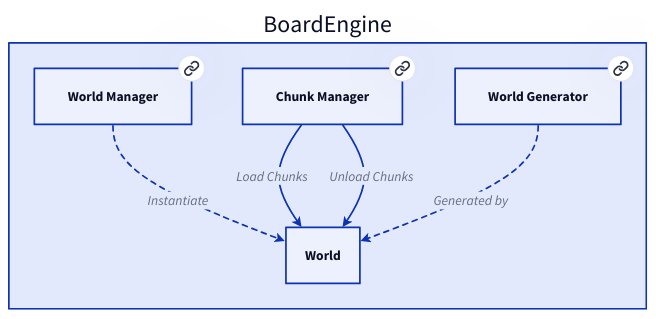
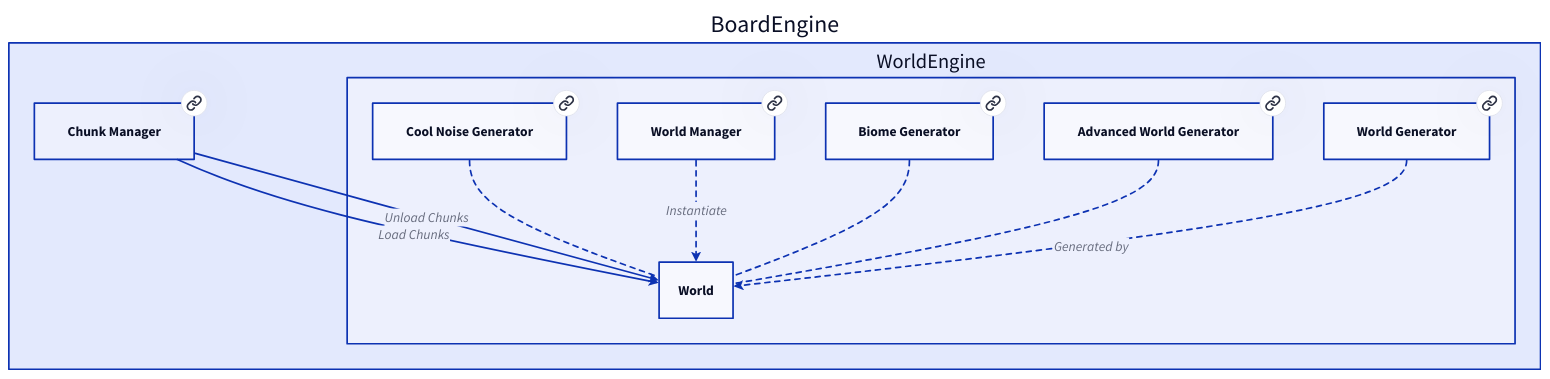
One commit to Portevent/Brume-Documentation changed the diagram in doc/graphs/d2/World.d2. Above: the diagram before and after it, drawn with D2. The commit also changed 92 other files, not shown here.

```diff
--- a/doc/graphs/d2/World.d2
+++ b/doc/graphs/d2/World.d2
@@ -1,30 +1,44 @@
 # Nodes :
 BoardEngine: {
-    WorldGenerator: World Generator {
-       link: WorldGenerator
-    }
-    WorldManager: World Manager {
-       link: WorldManager
-    }
     ChunkManager: Chunk Manager {
        link: ChunkManager
+    }
+    WorldEngine: {
+        CoolNoiseGenerator: Cool Noise Generator {
+           link: CoolNoiseGenerator
+        }
+        WorldManager: World Manager {
+           link: WorldManager
+        }
+        BiomeGenerator: Biome Generator {
+           link: BiomeGenerator
+        }
+        AdvancedWorldGenerator: Advanced World Generator {
+           link: AdvancedWorldGenerator
+        }
+        WorldGenerator: World Generator {
+           link: WorldGenerator
+        }
     }
 }
 
 # Links :
-BoardEngine.WorldManager -> BoardEngine.World: Instantiate {style.stroke-dash: 3
+BoardEngine.WorldEngine.CoolNoiseGenerator -- BoardEngine.WorldEngine.World: {style.stroke-dash: 3}
+BoardEngine.WorldEngine.BiomeGenerator -- BoardEngine.WorldEngine.World: {style.stroke-dash: 3}
+BoardEngine.WorldEngine.AdvancedWorldGenerator -- BoardEngine.WorldEngine.World: {style.stroke-dash: 3}
+BoardEngine.ChunkManager -> BoardEngine.WorldEngine.World: Load Chunks {
 source-arrowhead: {}
 target-arrowhead: {shape: arrow}
 }
-BoardEngine.ChunkManager -> BoardEngine.World: Load Chunks {
+BoardEngine.ChunkManager -> BoardEngine.WorldEngine.World: Unload Chunks {
 source-arrowhead: {}
 target-arrowhead: {shape: arrow}
 }
-BoardEngine.ChunkManager -> BoardEngine.World: Unload Chunks {
+BoardEngine.WorldEngine.WorldGenerator -> BoardEngine.WorldEngine.World: Generated by {style.stroke-dash: 3
 source-arrowhead: {}
 target-arrowhead: {shape: arrow}
 }
-BoardEngine.WorldGenerator -> BoardEngine.World: Generated by {style.stroke-dash: 3
+BoardEngine.WorldEngine.WorldManager -> BoardEngine.WorldEngine.World: Instantiate {style.stroke-dash: 3
 source-arrowhead: {}
 target-arrowhead: {shape: arrow}
 }
```
